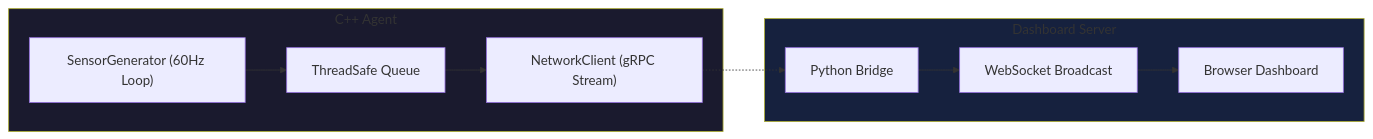
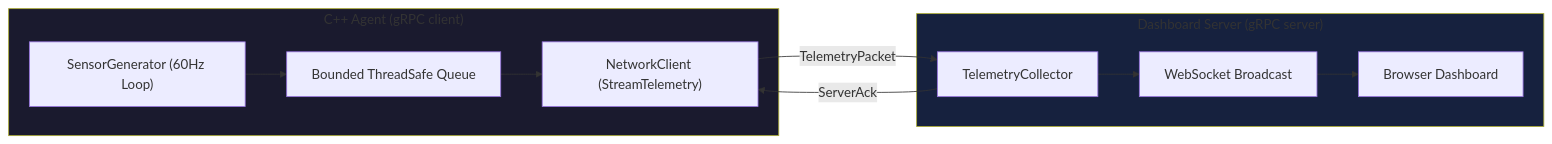
The diagram in README.md (rajeev-chaurasia/omni-stream), drawn with Mermaid before and after one commit. The commit also changed other lines of this file, not shown here.

First line of the commit message:
docs: Describe what the agent and dashboard actually do

````diff
--- a/README.md
+++ b/README.md
@@ -10,17 +10,18 @@
 ```mermaid
 flowchart LR
-    subgraph agent["C++ Agent"]
-        SG["SensorGenerator (60Hz Loop)"] --> Q["ThreadSafe Queue"]
-        Q --> NC["NetworkClient (gRPC Stream)"]
+    subgraph agent["C++ Agent (gRPC client)"]
+        SG["SensorGenerator (60Hz Loop)"] --> Q["Bounded ThreadSafe Queue"]
+        Q --> NC["NetworkClient (StreamTelemetry)"]
     end
     
-    subgraph dashboard["Dashboard Server"]
-        PY["Python Bridge"] --> WS["WebSocket Broadcast"]
+    subgraph dashboard["Dashboard Server (gRPC server)"]
+        TC["TelemetryCollector"] --> WS["WebSocket Broadcast"]
         WS --> BR["Browser Dashboard"]
     end
     
-    NC -.-> PY
+    NC -- "TelemetryPacket" --> TC
+    TC -- "ServerAck" --> NC
     
     style agent fill:#1a1a2e
     style dashboard fill:#16213e
 ```
````
